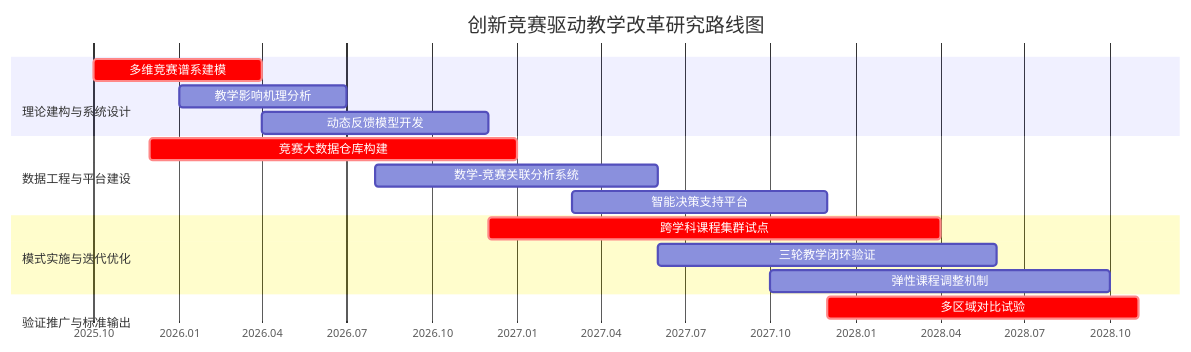
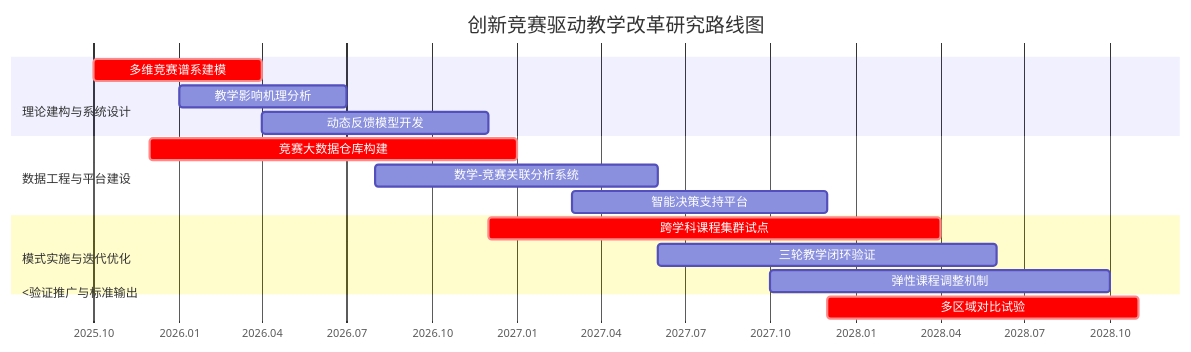
The diagram in all/代码甘特图.md (MC2001323/iodraw-files), drawn with Mermaid before and after one commit.

Commit message:
2025-04-08 21:19:32 update

````diff
--- a/all/代码甘特图.md
+++ b/all/代码甘特图.md
@@ -1,25 +1,25 @@
 ```mermaid
 gantt
     title 创新竞赛驱动教学改革研究路线图
     dateFormat  YYYY-MM
     axisFormat  %Y.%m
 
     section <br>理论建构与系统设计
     多维竞赛谱系建模        :crit, a1, 2025-10, 2026-04
     教学影响机理分析        :a2, 2026-01, 2026-07
     动态反馈模型开发        :a3, 2026-04, 2026-12
 
     section 数据工程与平台建设
     竞赛大数据仓库构建      :crit, b1, 2025-12, 2027-01
     数学-竞赛关联分析系统   :b2, 2026-08, 2027-06
     智能决策支持平台        :b3, 2027-03, 2027-12
 
     section 模式实施与迭代优化
     跨学科课程集群试点     :crit, c1, 2026-12, 2028-04
     三轮教学闭环验证       :c2, 2027-06, 2028-06
     弹性课程调整机制       :c3, 2027-10, 2028-10
     
-    section <br>验证推广与标准输出<br><br>
+    section <验证推广与标准输出<br><br><br>
     多区域对比试验         :crit, c4, 2027-12, 2028-11
 
 ```
````
